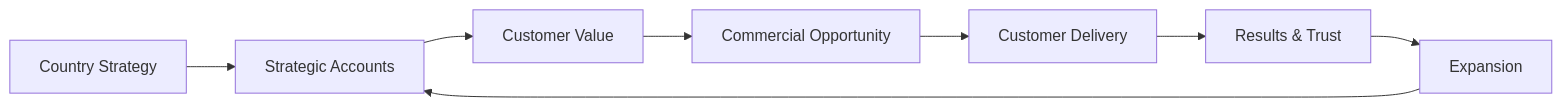
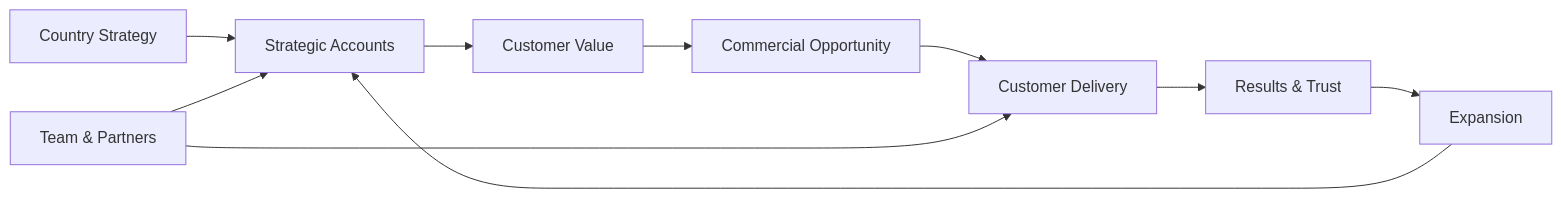
The first of 5 diagrams in examples/how-i-would-build-an-ai-country-business.md (psilva-git/enterprise-ai-delivery), drawn with Mermaid before and after one commit. The commit also changed other lines of this file, not shown here.

````diff
--- a/examples/how-i-would-build-an-ai-country-business.md
+++ b/examples/how-i-would-build-an-ai-country-business.md
@@ -18,10 +20,13 @@
 ```mermaid
 flowchart LR
     S[Country Strategy] --> A[Strategic Accounts]
     A --> V[Customer Value]
     V --> C[Commercial Opportunity]
     C --> D[Customer Delivery]
     D --> R[Results & Trust]
     R --> X[Expansion]
     X --> A
+
+    T[Team & Partners] --> A
+    T --> D
 ```
````
